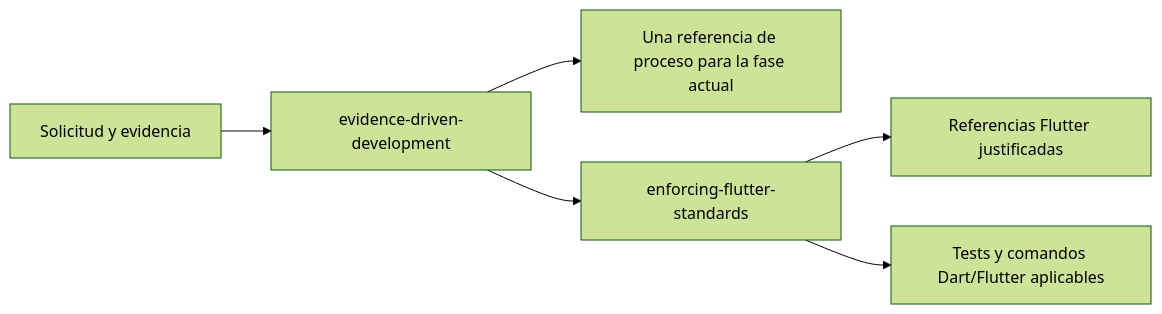
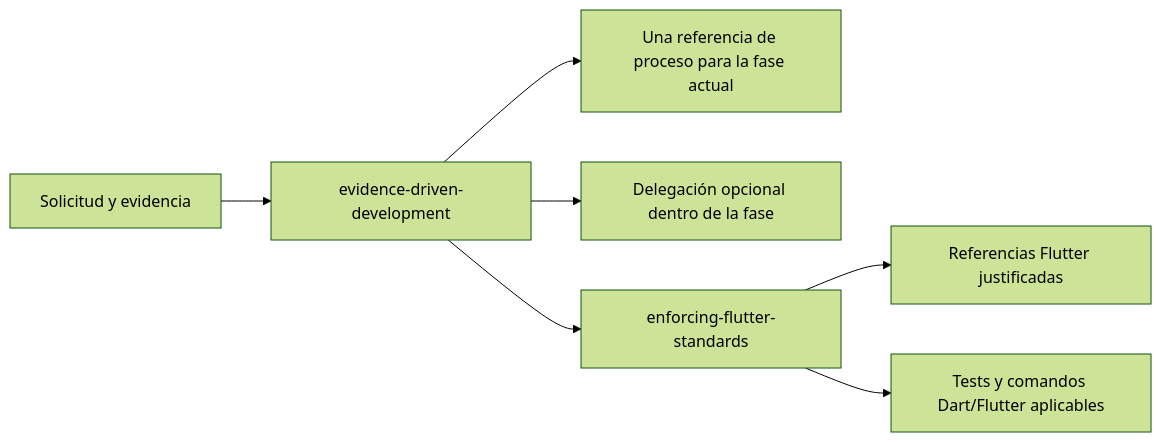
The diagram in README.md (LucasBucaiDev/Enforcing_Flutter_Standards), drawn with Mermaid (forest theme) before and after one commit. The commit also changed other lines of this file and 9 other files, not shown here.

````diff
--- a/README.md
+++ b/README.md
@@ -16,8 +16,9 @@
 ```mermaid
 flowchart LR
     U["Solicitud y evidencia"] --> E["evidence-driven-development"]
     E --> P["Una referencia de proceso para la fase actual"]
+    E --> D["Delegación opcional dentro de la fase"]
     E --> F["enforcing-flutter-standards"]
     F --> T["Referencias Flutter justificadas"]
     F --> C["Tests y comandos Dart/Flutter aplicables"]
 ```
````
